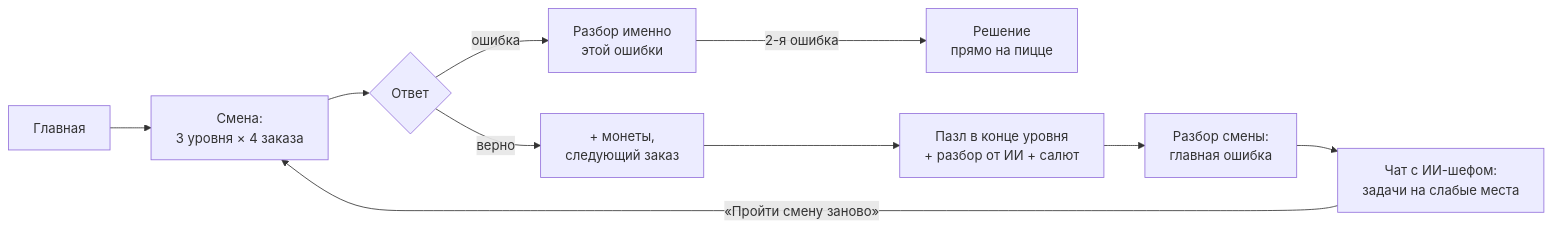
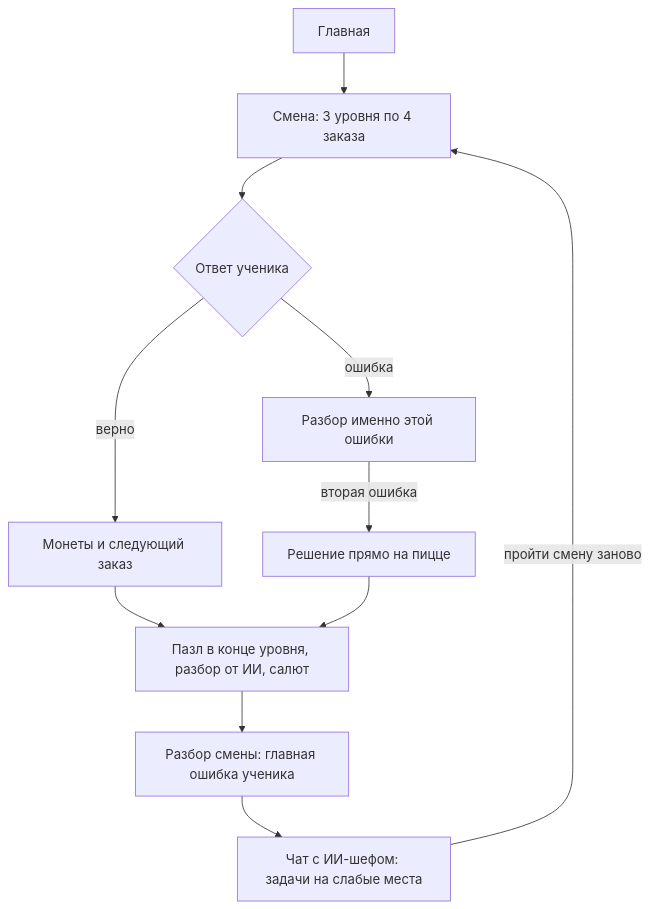
Before and after one commit to inversion322/fraction-pizzeria: the first of 2 diagrams in README.md, drawn with Mermaid. The commit also changed other lines of this file, not shown here.

Commit message:
README: make the diagrams readable at GitHub width

````diff
--- a/README.md
+++ b/README.md
@@ -49,12 +49,12 @@
 ```mermaid
-flowchart LR
-    A[Главная] --> B[Смена:<br/>3 уровня × 4 заказа]
-    B --> C{Ответ}
-    C -- верно --> D[+ монеты,<br/>следующий заказ]
-    C -- ошибка --> E[Разбор именно<br/>этой ошибки]
-    E -- 2-я ошибка --> F[Решение<br/>прямо на пицце]
-    D --> G[Пазл в конце уровня<br/>+ разбор от ИИ + салют]
-    G --> H[Разбор смены:<br/>главная ошибка]
-    H --> I[Чат с ИИ-шефом:<br/>задачи на слабые места]
-    I -- «Пройти смену заново» --> B
+flowchart TD
+    A[Главная] --> B[Смена: 3 уровня по 4 заказа]
+    B --> C{Ответ ученика}
+    C -- верно --> D[Монеты и следующий заказ]
+    C -- ошибка --> E[Разбор именно этой ошибки]
+    E -- вторая ошибка --> F[Решение прямо на пицце]
+    D & F --> G[Пазл в конце уровня, разбор от ИИ, салют]
+    G --> H[Разбор смены: главная ошибка ученика]
+    H --> I[Чат с ИИ-шефом: задачи на слабые места]
+    I -- пройти смену заново --> B
 ```
````
